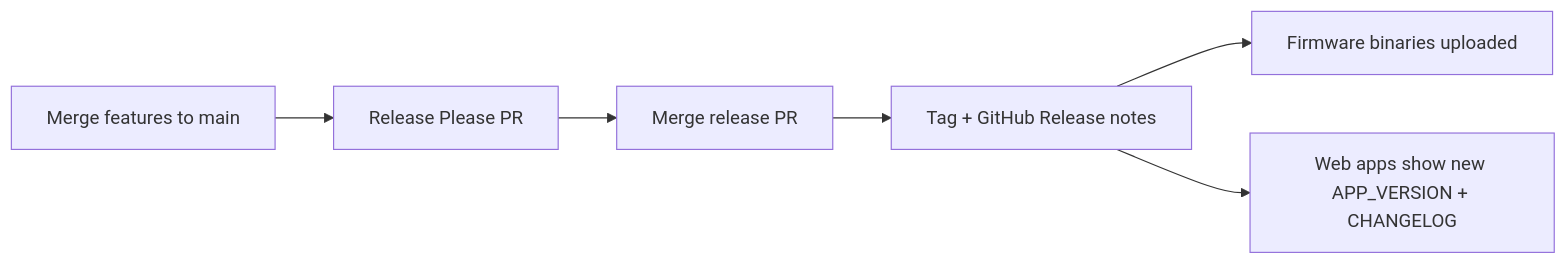
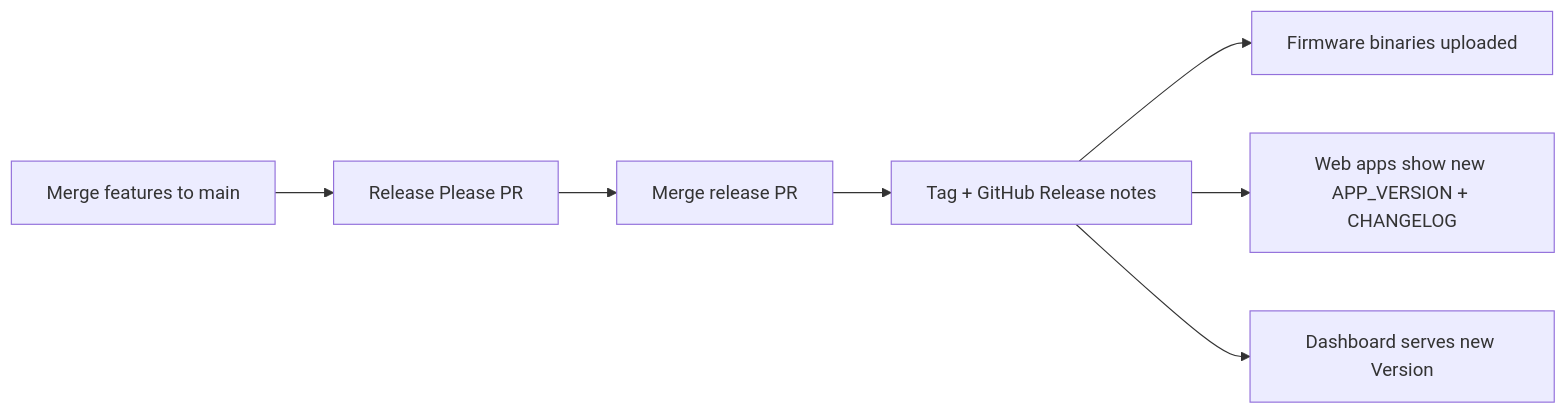
One commit to ttnleipzig/regenfass changed the diagram in docs/Release-Process.md. Above: the diagram before and after it, drawn with Mermaid. The commit also changed other lines of this file and 9 other files, not shown here.

````diff
--- a/docs/Release-Process.md
+++ b/docs/Release-Process.md
@@ -38,8 +54,9 @@
 ```mermaid
 flowchart LR
   A[Merge features to main] --> B[Release Please PR]
   B --> C[Merge release PR]
   C --> D[Tag + GitHub Release notes]
   D --> E[Firmware binaries uploaded]
   D --> F[Web apps show new APP_VERSION + CHANGELOG]
+  D --> G[Dashboard serves new Version]
 ```
````
